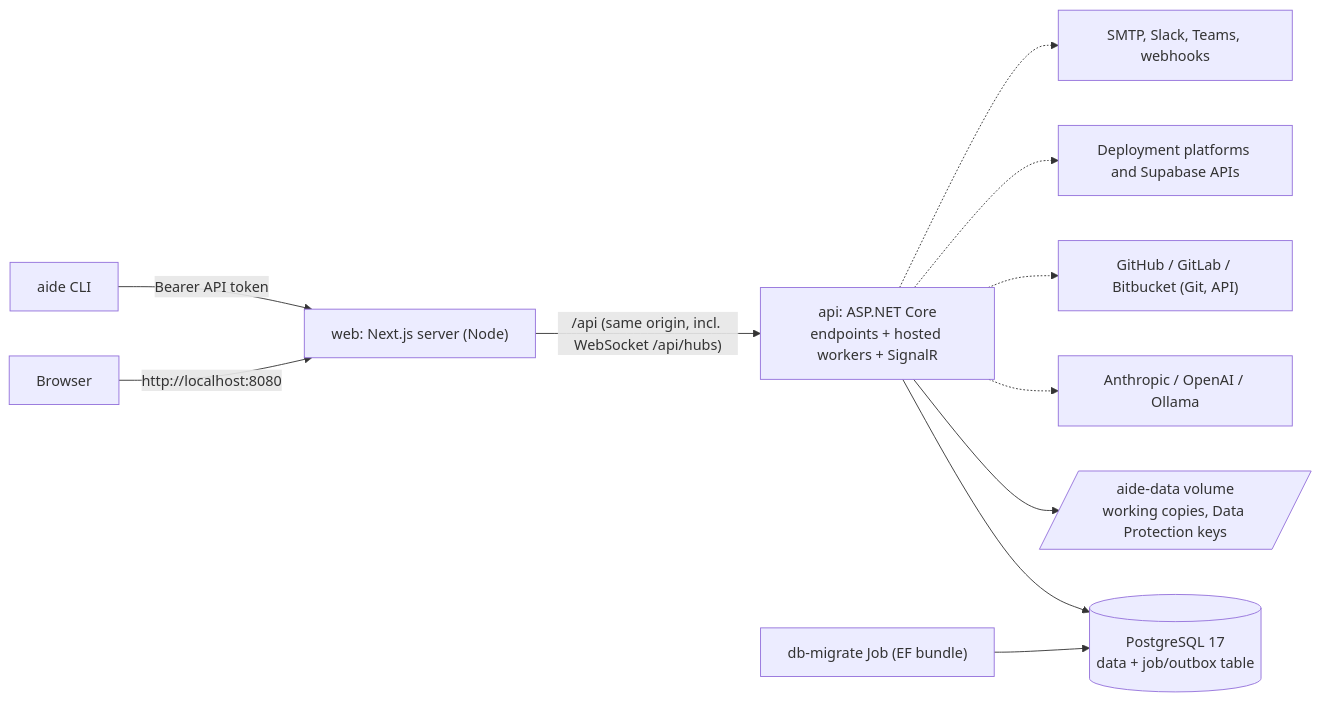
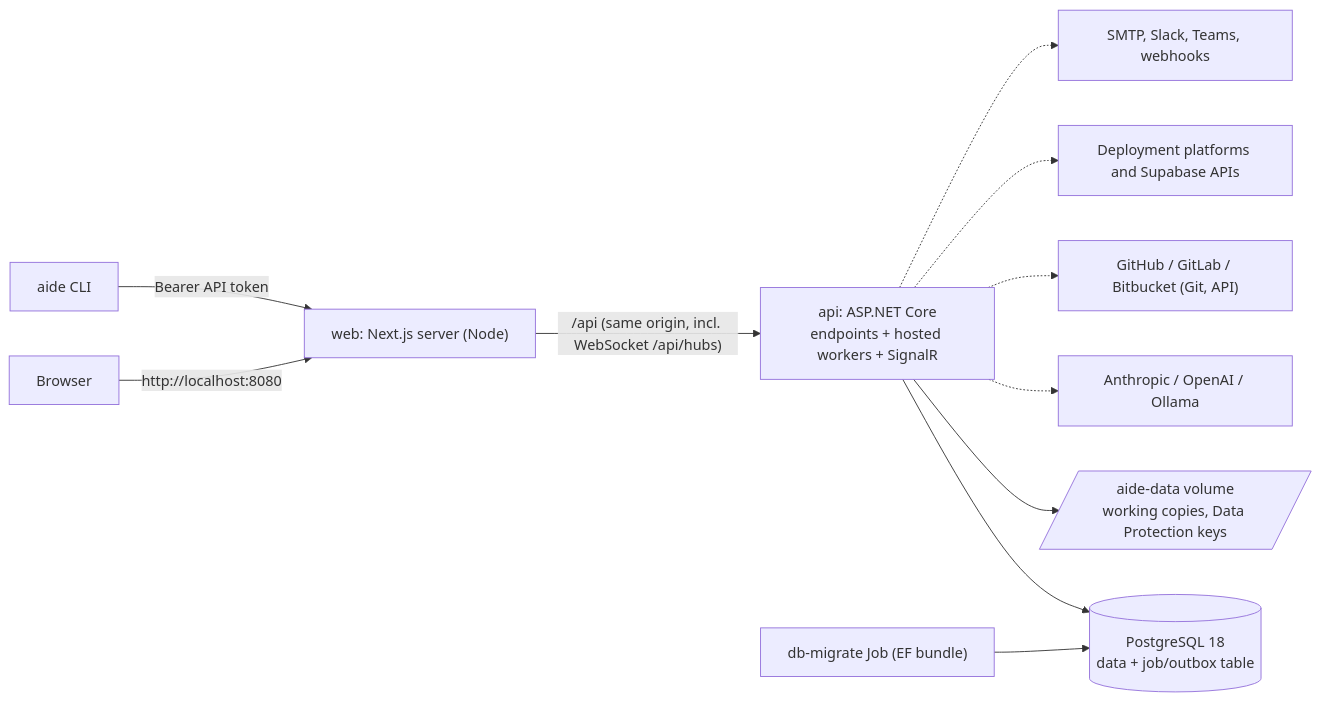
One commit to BenFielder1/AI-Driven-Engineering-Platform changed the diagram in README.md. Above: the diagram before and after it, drawn with Mermaid. The commit also changed other lines of this file and 16 other files, not shown here.

Commit message:
phase M32: AIDE's own database on PostgreSQL 18, existing local data kept safe (FR-163, FR-164)

````diff
--- a/README.md
+++ b/README.md
@@ -57,13 +57,13 @@
 ```mermaid
 flowchart LR
   Browser -->|"http://localhost:8080"| Web["web: Next.js server (Node)"]
   Web -->|"/api (same origin, incl. WebSocket /api/hubs)"| Api["api: ASP.NET Core<br/>endpoints + hosted workers + SignalR"]
   CLI["aide CLI"] -->|"Bearer API token"| Web
-  Api --> Db[("PostgreSQL 17<br/>data + job/outbox table")]
+  Api --> Db[("PostgreSQL 18<br/>data + job/outbox table")]
   Api --> Vol[/"aide-data volume<br/>working copies, Data Protection keys"/]
   Api -.-> LLM["Anthropic / OpenAI / Ollama"]
   Api -.-> GH["GitHub / GitLab / Bitbucket (Git, API)"]
   Api -.-> Pl["Deployment platforms and Supabase APIs"]
   Api -.-> Out["SMTP, Slack, Teams, webhooks"]
   Mig["db-migrate Job (EF bundle)"] --> Db
 ```
````
